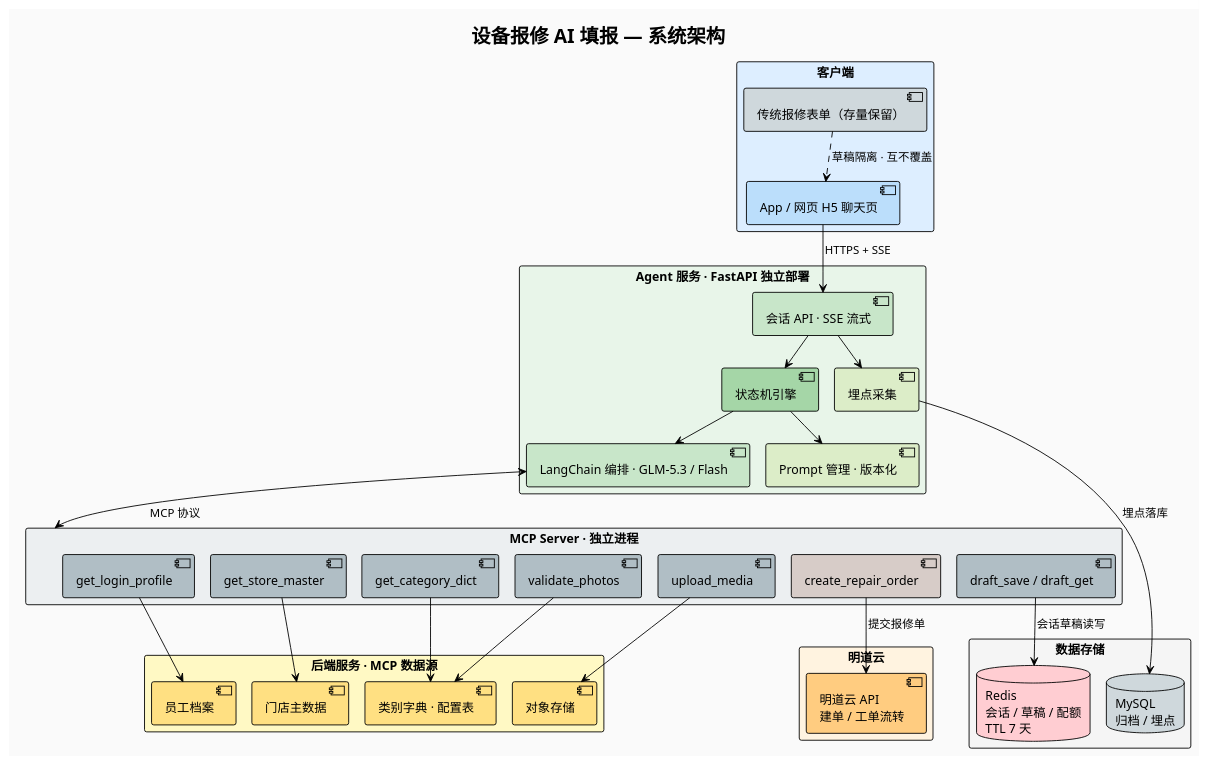
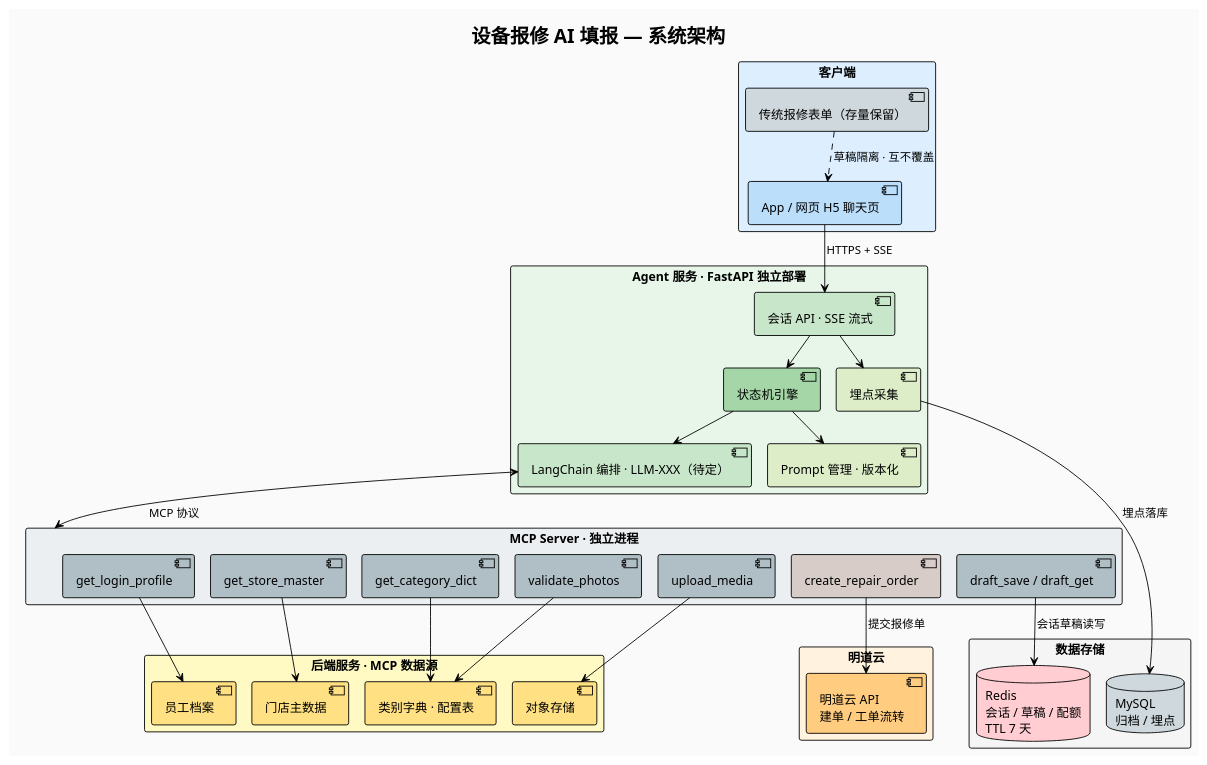
One commit to bai876939716/my_doc changed the diagram in src/main/hotmaxx/需求点/输入优化/plan/cc/系统架构.puml. Above: the diagram before and after it, drawn with PlantUML. The commit also changed 18 other files, not shown here.

```diff
--- a/src/main/hotmaxx/需求点/输入优化/plan/cc/系统架构.puml
+++ b/src/main/hotmaxx/需求点/输入优化/plan/cc/系统架构.puml
@@ -1,64 +1,64 @@
 @startuml 系统架构
 !pragma layout smetana
 !theme plain
 skinparam backgroundColor #FAFAFA
 skinparam defaultFontName "PingFang SC,Microsoft YaHei,Arial"
 
 title 设备报修 AI 填报 — 系统架构
 
 rectangle "客户端" #DDEEFF {
   component "App / 网页 H5 聊天页" as H5 #BBDEFB
   component "传统报修表单（存量保留）" as OLD #CFD8DC
 }
 
 rectangle "Agent 服务 · FastAPI 独立部署" #E8F5E9 {
   component "会话 API · SSE 流式" as API #C8E6C9
   component "状态机引擎" as SM #A5D6A7
-  component "LangChain 编排 · GLM-5.3 / Flash" as LC #C8E6C9
+  component "LangChain 编排 · LLM-XXX（待定）" as LC #C8E6C9
   component "Prompt 管理 · 版本化" as PM #DCEDC8
   component "埋点采集" as TR #DCEDC8
 }
 
 rectangle "MCP Server · 独立进程" as MCPG #ECEFF1 {
   component "get_login_profile" as T1 #B0BEC5
   component "get_store_master" as T2 #B0BEC5
   component "get_category_dict" as T3 #B0BEC5
   component "validate_photos" as T4 #B0BEC5
   component "upload_media" as T5 #B0BEC5
   component "create_repair_order" as T6 #D7CCC8
   component "draft_save / draft_get" as T7 #B0BEC5
 }
 
 rectangle "数据存储" #F5F5F5 {
   database "Redis\n会话 / 草稿 / 配额\nTTL 7 天" as RD #FFCDD2
   database "MySQL\n归档 / 埋点" as MY #CFD8DC
 }
 
 rectangle "后端服务 · MCP 数据源" #FFF9C4 {
   component "员工档案" as HR #FFE082
   component "门店主数据" as MDM #FFE082
   component "类别字典 · 配置表" as DICT #FFE082
   component "对象存储" as OSS #FFE082
 }
 
 rectangle "明道云" #FFF3E0 {
   component "明道云 API\n建单 / 工单流转" as MDY #FFCC80
 }
 
 H5 -down-> API : HTTPS + SSE
 OLD ..> H5 : 草稿隔离 · 互不覆盖
 API --> SM
 SM --> LC
 SM --> PM
 LC <--> MCPG : MCP 协议
 API --> TR
 T1 --> HR
 T2 --> MDM
 T3 --> DICT
 T4 --> DICT
 T5 --> OSS
 T6 --> MDY : 提交报修单
 T7 --> RD : 会话草稿读写
 TR --> MY : 埋点落库
 
 @enduml
```
